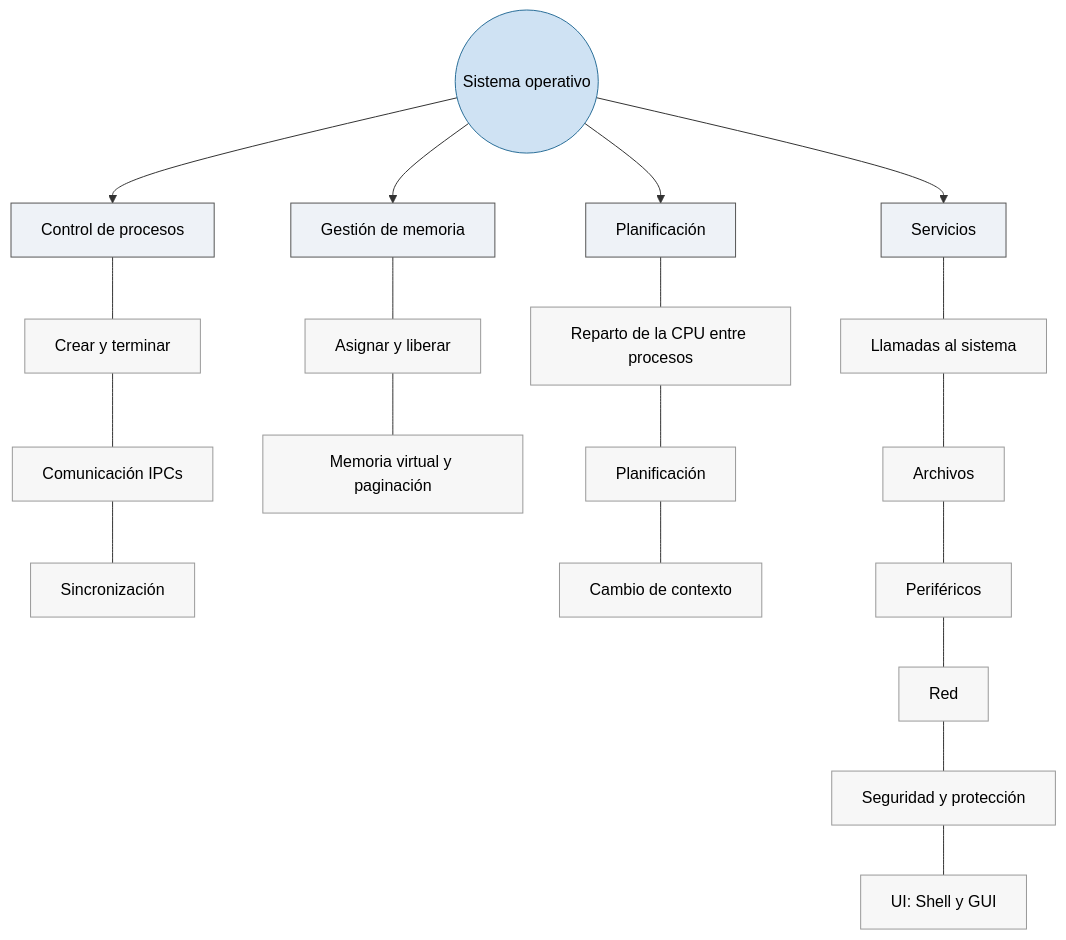
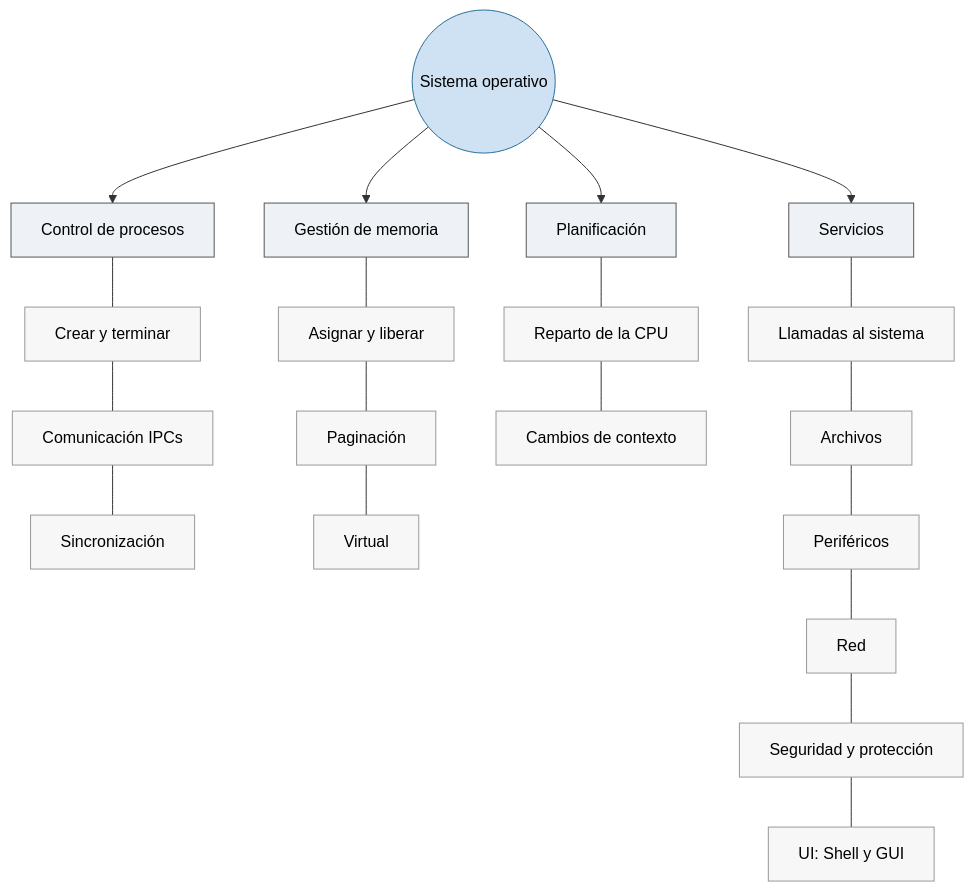
Before and after one commit to asiermarzo/ssoo: the first of 3 diagrams in TEORIA/01-introduccion-a-los-sistemas-operativos/README.md, drawn with Mermaid. The commit also changed other lines of this file, not shown here.

Commit message:
revisión T1

````diff
--- a/TEORIA/01-introduccion-a-los-sistemas-operativos/README.md
+++ b/TEORIA/01-introduccion-a-los-sistemas-operativos/README.md
@@ -16,34 +16,34 @@
 ```mermaid
 flowchart TD
     SO((Sistema operativo))
 
     SO --> CP[Control de procesos]
     SO --> CR[Gestión de memoria]
     SO --> PL[Planificación]
     SO --> SV[Servicios]
 
     CP --- CP1[Crear y terminar]
     CP1 --- CP2[Comunicación  IPCs]
     CP2 --- CP3[Sincronización]
 
     CR --- CR1[Asignar y liberar]
-    CR1 --- CR2[Memoria virtual y paginación]
+    CR1 --- CR2[Paginación]
+    CR2 --- CR3[Virtual]
 
-    PL --- PL1[Reparto de la CPU entre procesos]
-    PL1 --- PL2[Planificación]
-    PL2 --- PL3[Cambio de contexto]
+    PL --- PL1[Reparto de la CPU]
+    PL1 --- PL2[Cambios de contexto]
 
     SV --- SV1[Llamadas al sistema]
     SV1 --- SV2[Archivos]
     SV2 --- SV3[Periféricos]
     SV3 --- SV4[Red]
     SV4 --- SV5[Seguridad y protección]
     SV5 --- SV6[UI: Shell y GUI]
 
     classDef core fill:#cfe2f3,stroke:#2b6f99,color:#000;
     classDef func fill:#eef2f7,stroke:#555,color:#000;
     classDef leaf fill:#f7f7f7,stroke:#999,color:#000;
     class SO core;
     class CP,CR,PL,SV func;
-    class CP1,CP2,CP3,CR1,CR2,PL1,PL2,PL3,SV1,SV2,SV3,SV4,SV5,SV6 leaf;
+    class CP1,CP2,CP3,CR1,CR2,CR3,PL1,PL2,SV1,SV2,SV3,SV4,SV5,SV6 leaf;
 ```
````
